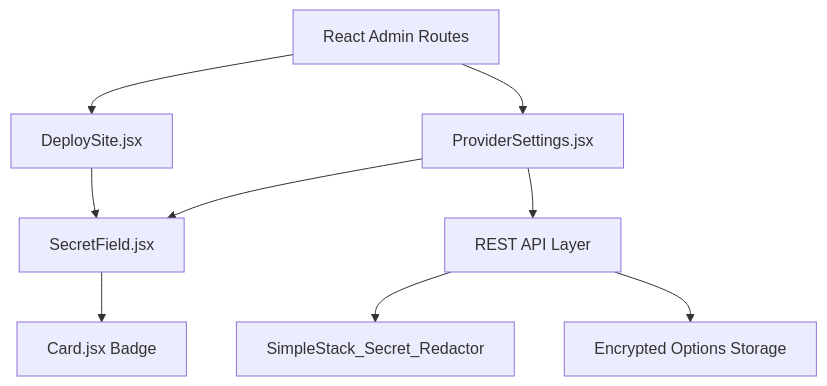
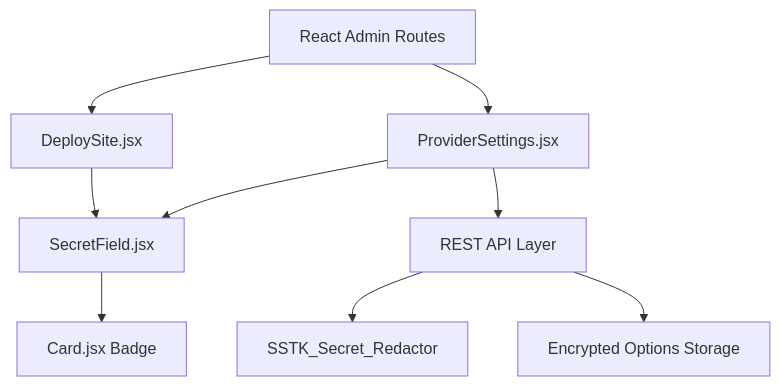
The first of 7 diagrams in .qoder/repowiki/en/content/React Admin Interface/UI Components Library/SecretField Component.md (onedogsolutions/simple-stack), drawn with Mermaid before and after one commit. The commit also changed other lines of this file and 5941 other files, not shown here.

First line of the commit message:
refactor(core): rebrand WPCloudDeploy to Simple Stack with new namespaces and prefixes

````diff
--- a/.qoder/repowiki/en/content/React Admin Interface/UI Components Library/SecretField Component.md
+++ b/.qoder/repowiki/en/content/React Admin Interface/UI Components Library/SecretField Component.md
@@ -44,11 +44,11 @@
 ```mermaid
 graph TB
 UI["React Admin Routes"] --> Deploy["DeploySite.jsx"]
 UI --> Providers["ProviderSettings.jsx"]
 Deploy --> SecretField["SecretField.jsx"]
 Providers --> SecretField
 SecretField --> CardBadge["Card.jsx Badge"]
 Providers --> REST["REST API Layer"]
-REST --> Redactor["SimpleStack_Secret_Redactor"]
+REST --> Redactor["SSTK_Secret_Redactor"]
 REST --> Storage["Encrypted Options Storage"]
 ```
````
